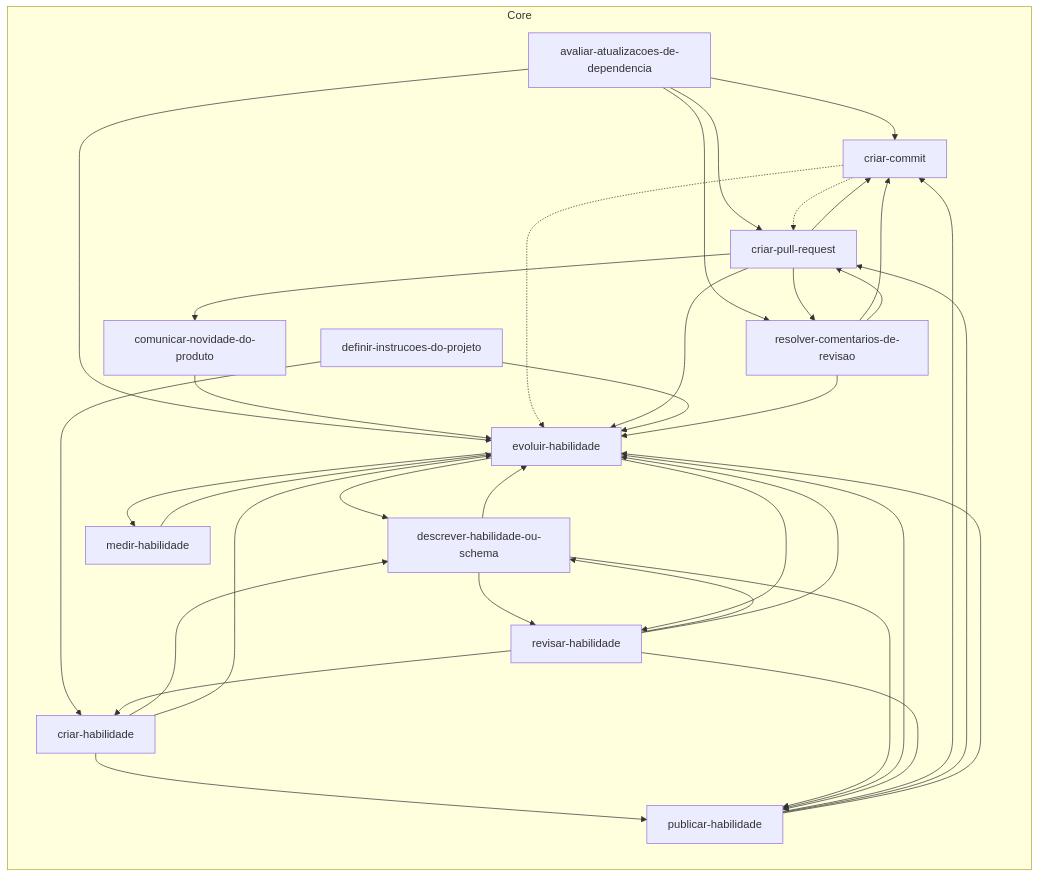
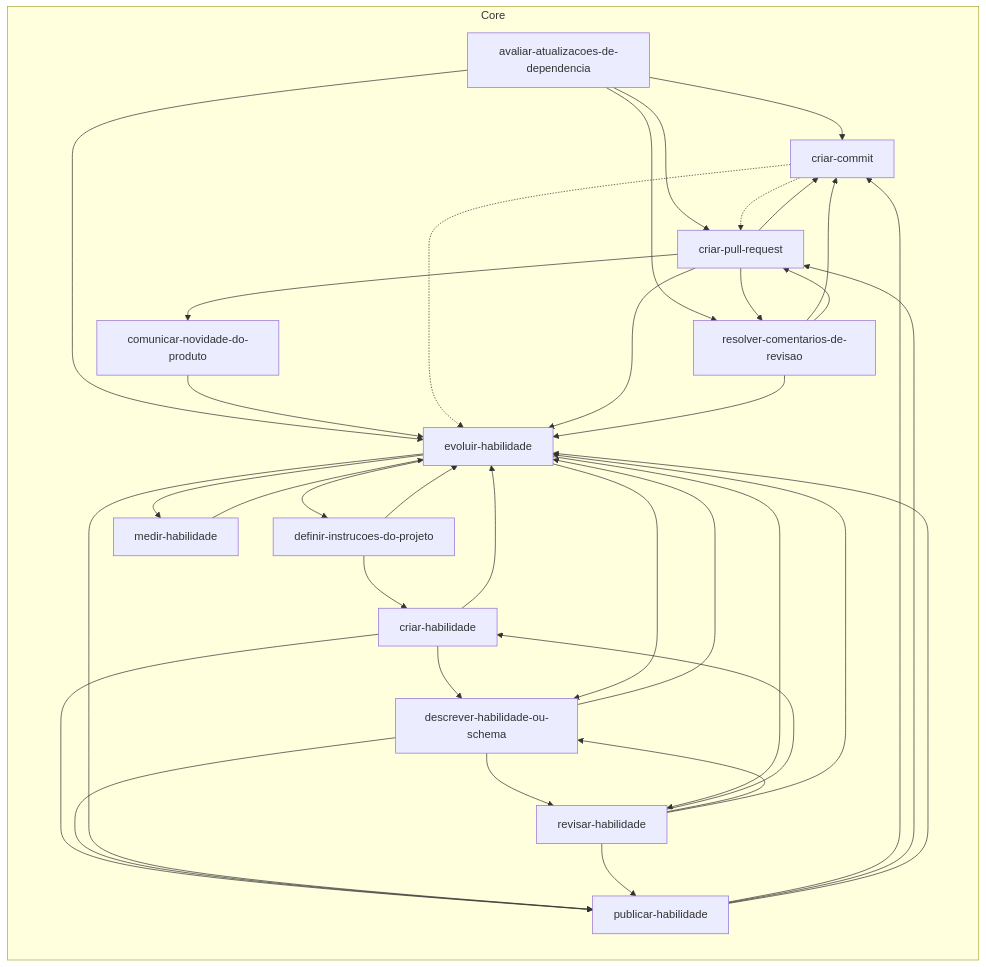
The diagram in .agents/skills/README.md (jimmyandrade/harness), drawn with Mermaid before and after one commit. The commit also changed 3 other files, not shown here.

````diff
--- a/.agents/skills/README.md
+++ b/.agents/skills/README.md
@@ -11,51 +11,52 @@
 ```mermaid
 flowchart LR
   subgraph core["Core"]
     avaliar_atualizacoes_de_dependencia["avaliar-atualizacoes-de-dependencia"]
     comunicar_novidade_do_produto["comunicar-novidade-do-produto"]
     criar_commit["criar-commit"]
     criar_habilidade["criar-habilidade"]
     criar_pull_request["criar-pull-request"]
     definir_instrucoes_do_projeto["definir-instrucoes-do-projeto"]
     descrever_habilidade_ou_schema["descrever-habilidade-ou-schema"]
     evoluir_habilidade["evoluir-habilidade"]
     medir_habilidade["medir-habilidade"]
     publicar_habilidade["publicar-habilidade"]
     resolver_comentarios_de_revisao["resolver-comentarios-de-revisao"]
     revisar_habilidade["revisar-habilidade"]
   end
   avaliar_atualizacoes_de_dependencia --> criar_commit
   avaliar_atualizacoes_de_dependencia --> criar_pull_request
   avaliar_atualizacoes_de_dependencia --> evoluir_habilidade
   avaliar_atualizacoes_de_dependencia --> resolver_comentarios_de_revisao
   comunicar_novidade_do_produto --> evoluir_habilidade
   criar_commit -.-> criar_pull_request
   criar_commit -.-> evoluir_habilidade
   criar_habilidade --> descrever_habilidade_ou_schema
   criar_habilidade --> evoluir_habilidade
   criar_habilidade --> publicar_habilidade
   criar_pull_request --> comunicar_novidade_do_produto
   criar_pull_request --> criar_commit
   criar_pull_request --> evoluir_habilidade
   criar_pull_request --> resolver_comentarios_de_revisao
   definir_instrucoes_do_projeto --> criar_habilidade
   definir_instrucoes_do_projeto --> evoluir_habilidade
   descrever_habilidade_ou_schema --> evoluir_habilidade
   descrever_habilidade_ou_schema --> publicar_habilidade
   descrever_habilidade_ou_schema --> revisar_habilidade
+  evoluir_habilidade --> definir_instrucoes_do_projeto
   evoluir_habilidade --> descrever_habilidade_ou_schema
   evoluir_habilidade --> medir_habilidade
   evoluir_habilidade --> publicar_habilidade
   evoluir_habilidade --> revisar_habilidade
   medir_habilidade --> evoluir_habilidade
   publicar_habilidade --> criar_commit
   publicar_habilidade --> criar_pull_request
   publicar_habilidade --> evoluir_habilidade
   resolver_comentarios_de_revisao --> criar_commit
   resolver_comentarios_de_revisao --> criar_pull_request
   resolver_comentarios_de_revisao --> evoluir_habilidade
   revisar_habilidade --> criar_habilidade
   revisar_habilidade --> descrever_habilidade_ou_schema
   revisar_habilidade --> evoluir_habilidade
   revisar_habilidade --> publicar_habilidade
 ```
````
